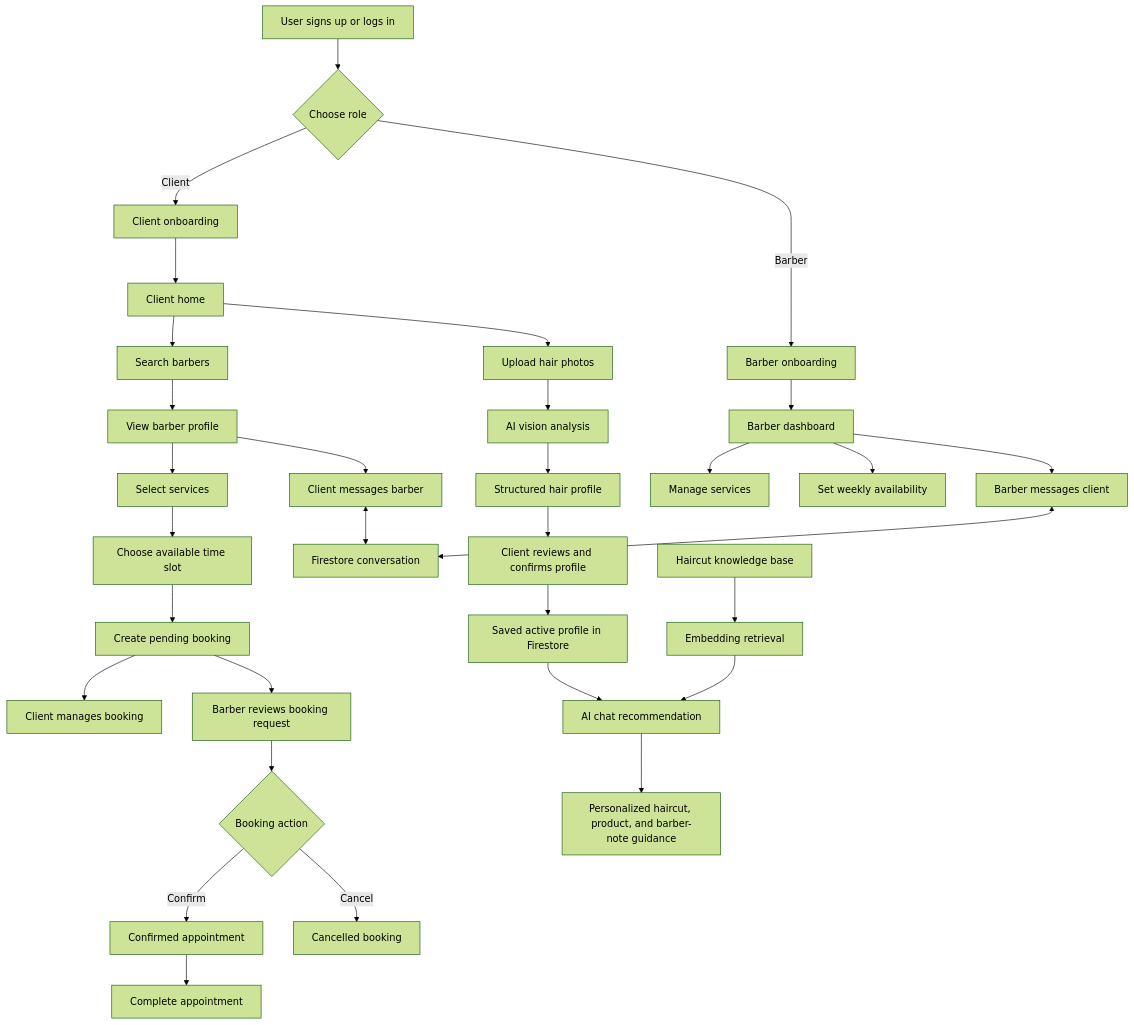
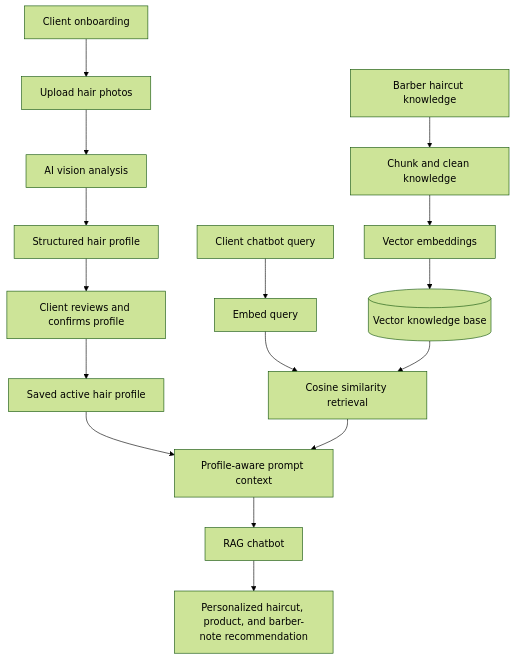
Before and after one commit to pojw/Cutcare: the diagram in README.md, drawn with Mermaid (forest theme). The commit also changed other lines of this file, not shown here.

Commit message:
Focus README graph on AI recommendation flow

````diff
--- a/README.md
+++ b/README.md
@@ -18,39 +18,20 @@
 ```mermaid
 flowchart TD
-  A[User signs up or logs in] --> B{Choose role}
+  A[Client onboarding] --> B[Upload hair photos]
+  B --> C[AI vision analysis]
+  C --> D[Structured hair profile]
+  D --> E[Client reviews and confirms profile]
+  E --> F[Saved active hair profile]
 
-  B -->|Client| C[Client onboarding]
-  B -->|Barber| D[Barber onboarding]
+  G[Barber haircut knowledge] --> H[Chunk and clean knowledge]
+  H --> I[Vector embeddings]
+  I --> J[(Vector knowledge base)]
 
-  C --> E[Client home]
-  E --> F[Search barbers]
-  F --> G[View barber profile]
-  G --> H[Select services]
-  H --> I[Choose available time slot]
-  I --> J[Create pending booking]
-  J --> K[Client manages booking]
-
-  D --> L[Barber dashboard]
-  L --> M[Manage services]
-  L --> N[Set weekly availability]
-  J --> O[Barber reviews booking request]
-  O --> P{Booking action}
-  P -->|Confirm| Q[Confirmed appointment]
-  P -->|Cancel| R[Cancelled booking]
-  Q --> S[Complete appointment]
-
-  G --> T[Client messages barber]
-  L --> U[Barber messages client]
-  T <--> V[Firestore conversation]
-  U <--> V
-
-  E --> W[Upload hair photos]
-  W --> X[AI vision analysis]
-  X --> Y[Structured hair profile]
-  Y --> Z[Client reviews and confirms profile]
-  Z --> AA[Saved active profile in Firestore]
-  AA --> AB[AI chat recommendation]
-  AC[Haircut knowledge base] --> AD[Embedding retrieval]
-  AD --> AB
-  AB --> AE[Personalized haircut, product, and barber-note guidance]
+  K[Client chatbot query] --> L[Embed query]
+  L --> M[Cosine similarity retrieval]
+  J --> M
+  F --> N[Profile-aware prompt context]
+  M --> N
+  N --> O[RAG chatbot]
+  O --> P[Personalized haircut, product, and barber-note recommendation]
 ```
````
